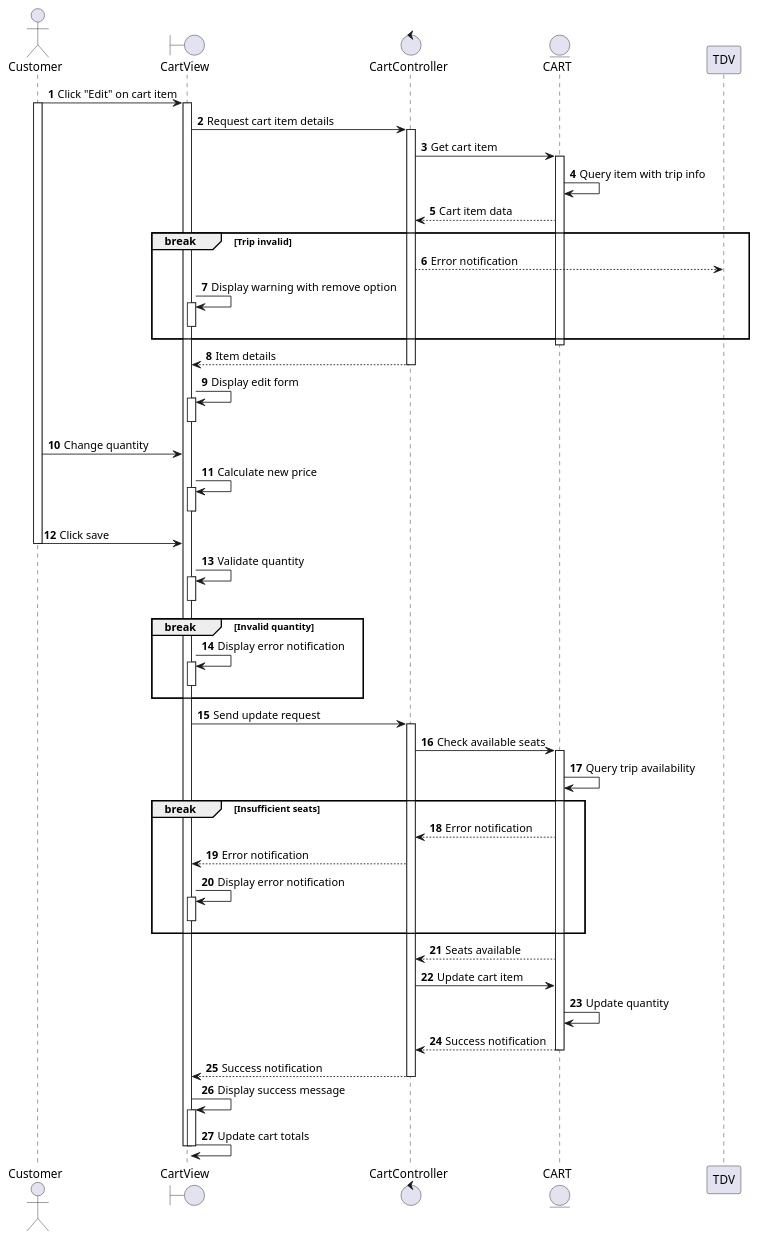
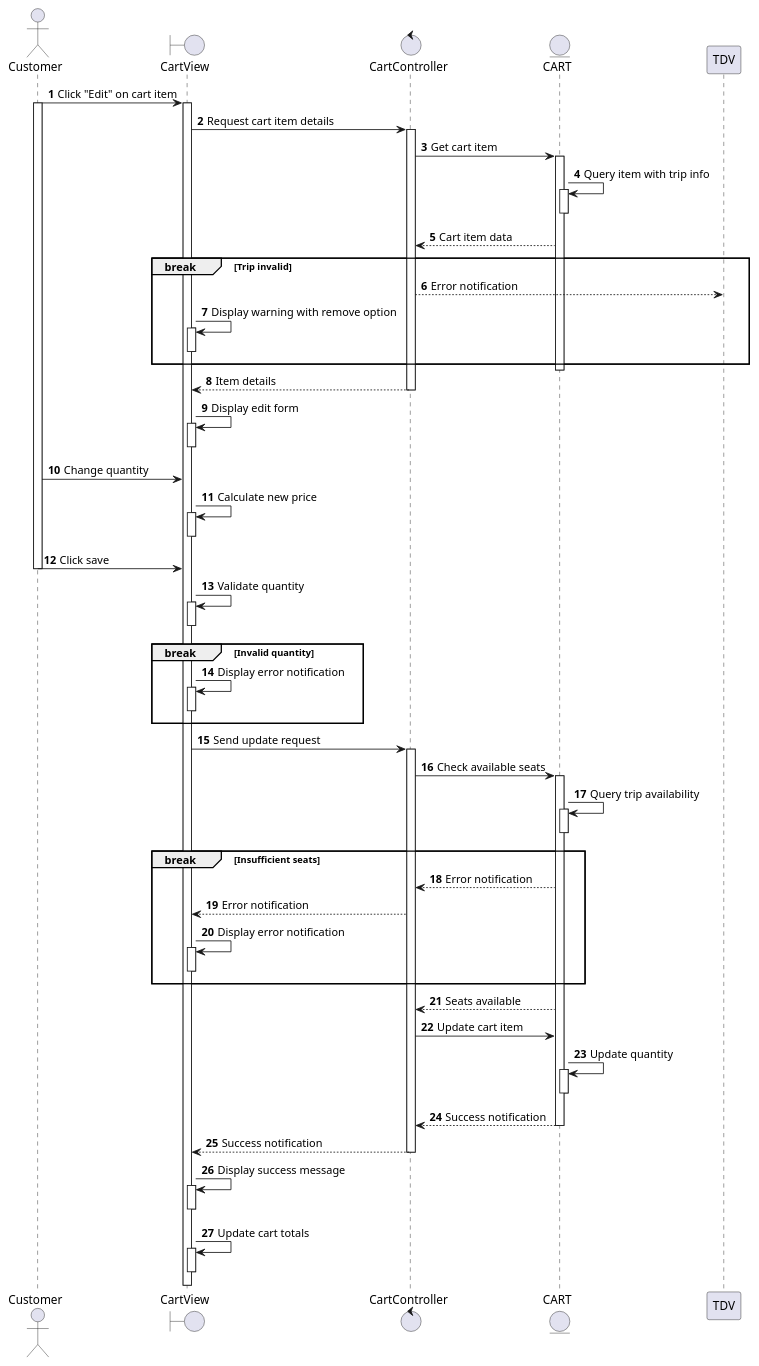
One commit to se113-wm/se113-wm.github.io changed the diagram in docs/docs/sequence/adjust-cart/edit-trip-details.md. Above: the diagram before and after it, drawn with PlantUML. The commit also changed 37 other files, not shown here.

First line of the commit message:
Refactor sequence diagrams for booking and trip management

```diff
--- a/docs/docs/sequence/adjust-cart/edit-trip-details.md
+++ b/docs/docs/sequence/adjust-cart/edit-trip-details.md
@@ -17,6 +17,8 @@
 CC -> CA: Get cart item
 activate CA
 CA -> CA: Query item with trip info
+activate CA
+deactivate CA
 CC <-- CA: Cart item data
 
 break Trip invalid
@@ -55,6 +57,8 @@
 CC -> CA: Check available seats
 activate CA
 CA -> CA: Query trip availability
+activate CA
+deactivate CA
 
 break Insufficient seats
   CC <-- CA: Error notification
@@ -67,14 +71,17 @@
 CC <-- CA: Seats available
 CC -> CA: Update cart item
 CA -> CA: Update quantity
+activate CA
+deactivate CA
 CC <-- CA: Success notification
 deactivate CA
 CV <-- CC: Success notification
 deactivate CC
 CV -> CV: Display success message
 activate CV
+deactivate CV
 CV -> CV: Update cart totals
-deactivate CV
+activate CV
 deactivate CV
 
 @enduml
```
